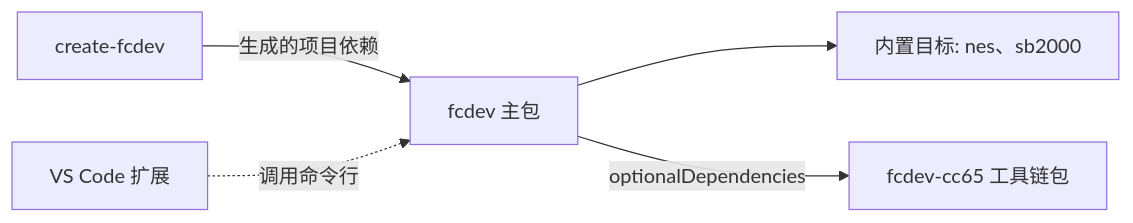
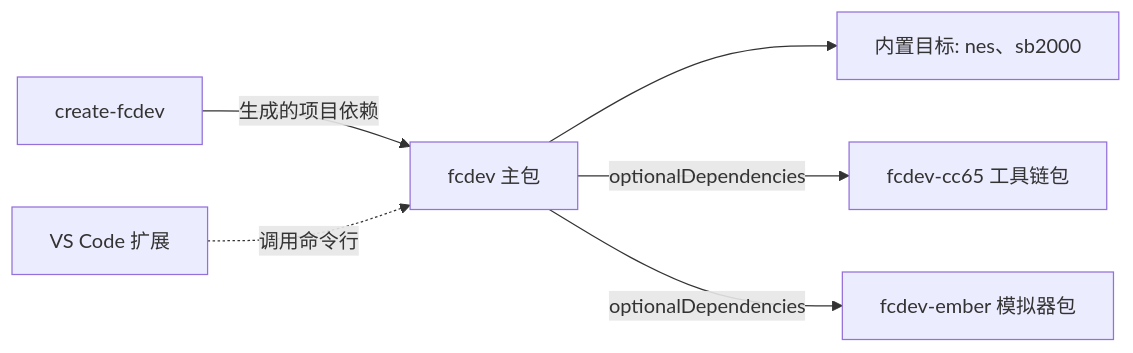
The diagram in docs/01-软件架构设计.md (sungbindev/famiclone), drawn with Mermaid before and after one commit. The commit also changed other lines of this file and 124 other files, not shown here.

First line of the commit message:
调试 SDK 并入 fcdev，新增随包的模拟器包 fcdev-ember，并迁出 disassembly 的外部引用

````diff
--- a/docs/01-软件架构设计.md
+++ b/docs/01-软件架构设计.md
@@ -43,7 +43,8 @@
 ```mermaid
 flowchart LR
   CREATE[create-fcdev] -->|生成的项目依赖| CLI[fcdev 主包]
   CLI --> TG[内置目标: nes、sb2000]
   CLI -->|optionalDependencies| TC[fcdev-cc65 工具链包]
+  CLI -->|optionalDependencies| EM[fcdev-ember 模拟器包]
   EXT[VS Code 扩展] -.->|调用命令行| CLI
 ```
````
